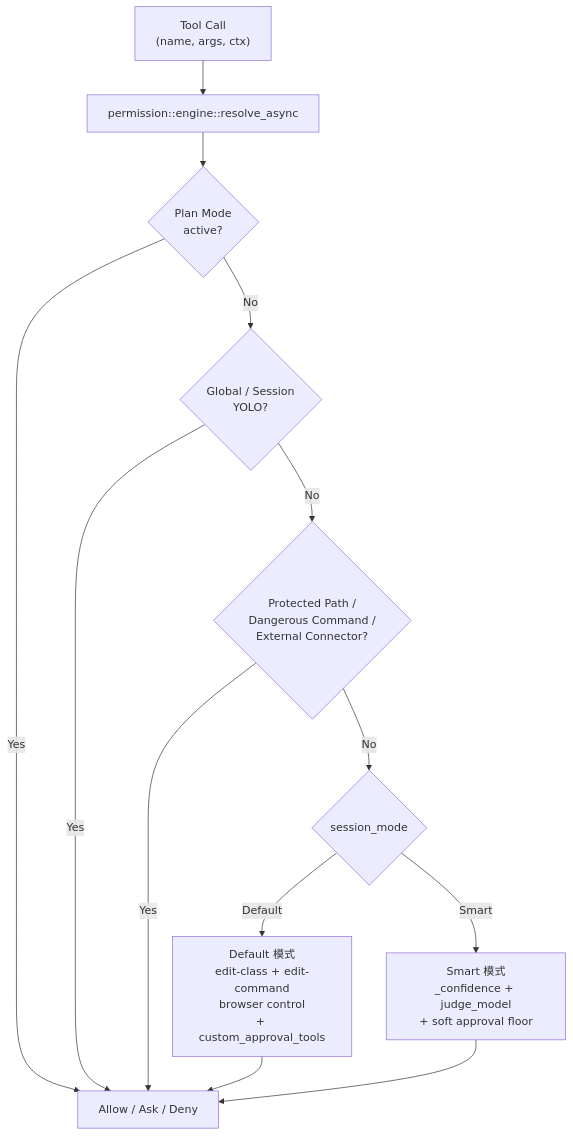
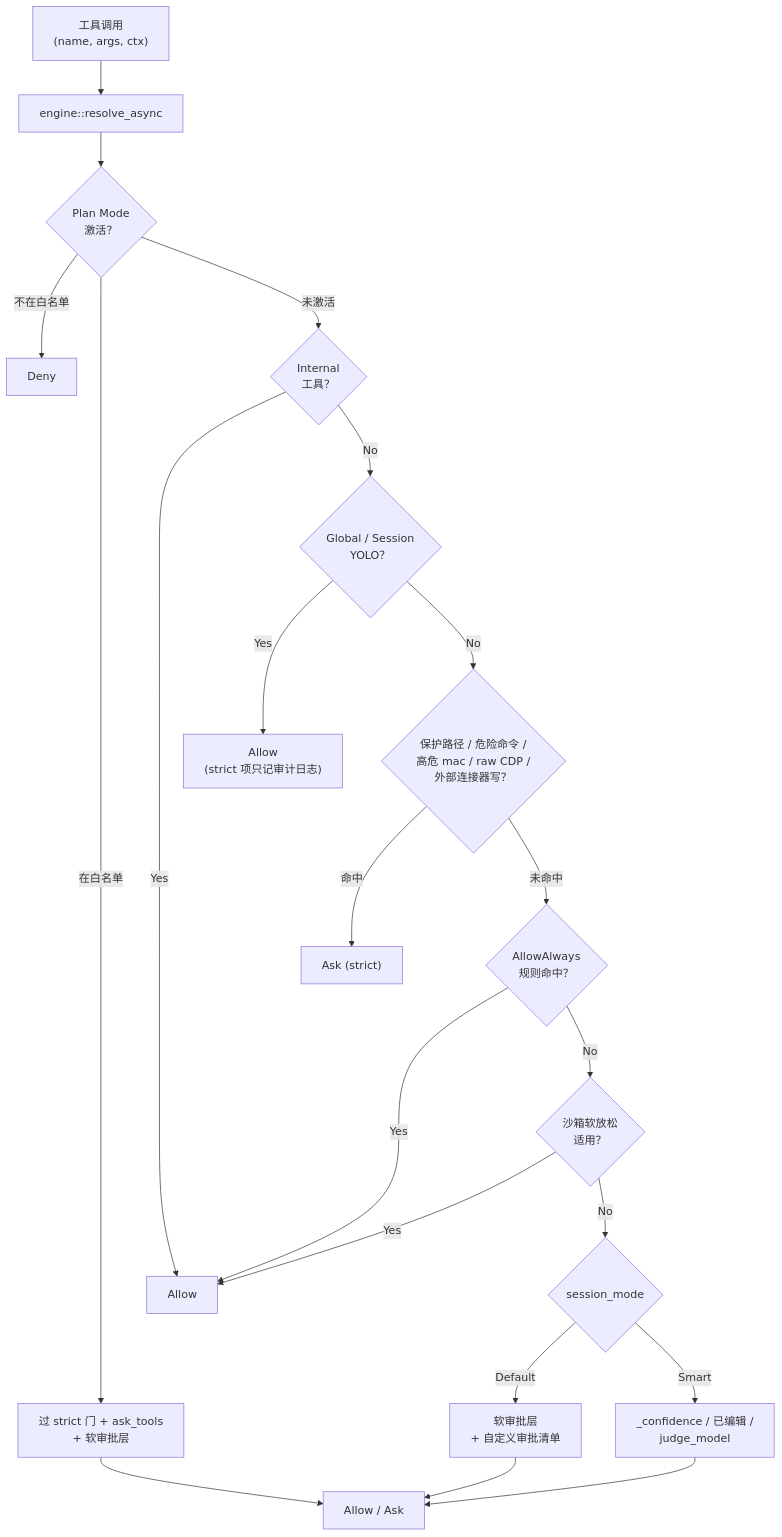
Before and after one commit to shiwenwen/hope-agent: the first of 7 diagrams in docs/architecture/permission-system.md, drawn with Mermaid. The commit also changed other lines of this file and 7 other files, not shown here.

First line of the commit message:
🦭docs: 补齐 8 篇漏掉的中型文档（ask-user/chat-engine/design-space/lsp/permission-system/recap/self-update/session）

````diff
--- a/docs/architecture/permission-system.md
+++ b/docs/architecture/permission-system.md
@@ -39,25 +43,31 @@
 ```mermaid
-graph TD
-    Tool["Tool Call<br/>(name, args, ctx)"]
-    Engine["permission::engine::resolve_async"]
-    Plan{"Plan Mode<br/>active?"}
-    Yolo{"Global / Session<br/>YOLO?"}
-    Strict{"Protected Path /<br/>Dangerous Command /<br/>External Connector?"}
-    Mode{"session_mode"}
-    Default["Default 模式<br/>edit-class + edit-command<br/>browser control<br/>+ custom_approval_tools"]
-    Smart["Smart 模式<br/>_confidence + judge_model<br/>+ soft approval floor"]
-    Decision["Allow / Ask / Deny"]
+flowchart TD
+    Tool["工具调用<br/>(name, args, ctx)"] --> Engine["engine::resolve_async"]
+    Engine --> Plan{"Plan Mode<br/>激活？"}
 
-    Tool --> Engine
-    Engine --> Plan
-    Plan -- Yes --> Decision
-    Plan -- No --> Yolo
-    Yolo -- Yes --> Decision
-    Yolo -- No --> Strict
-    Strict -- Yes --> Decision
-    Strict -- No --> Mode
-    Mode -- Default --> Default
-    Mode -- Smart --> Smart
-    Default --> Decision
-    Smart --> Decision
+    Plan -- "不在白名单" --> Deny["Deny"]
+    Plan -- "在白名单" --> PlanGate["过 strict 门 + ask_tools<br/>+ 软审批层"]
+    Plan -- "未激活" --> Internal{"Internal<br/>工具？"}
+
+    Internal -- Yes --> Allow["Allow"]
+    Internal -- No --> Yolo{"Global / Session<br/>YOLO？"}
+
+    Yolo -- Yes --> AllowWarn["Allow<br/>(strict 项只记审计日志)"]
+    Yolo -- No --> Strict{"保护路径 / 危险命令 /<br/>高危 mac / raw CDP /<br/>外部连接器写？"}
+
+    Strict -- 命中 --> Ask["Ask (strict)"]
+    Strict -- 未命中 --> AllowList{"AllowAlways<br/>规则命中？"}
+
+    AllowList -- Yes --> Allow
+    AllowList -- No --> Sandbox{"沙箱软放松<br/>适用？"}
+
+    Sandbox -- Yes --> Allow
+    Sandbox -- No --> Mode{"session_mode"}
+
+    Mode -- Default --> DefaultR["软审批层<br/>+ 自定义审批清单"]
+    Mode -- Smart --> SmartR["_confidence / 已编辑 /<br/>judge_model"]
+
+    PlanGate --> Decision["Allow / Ask"]
+    DefaultR --> Decision
+    SmartR --> Decision
 ```
````
